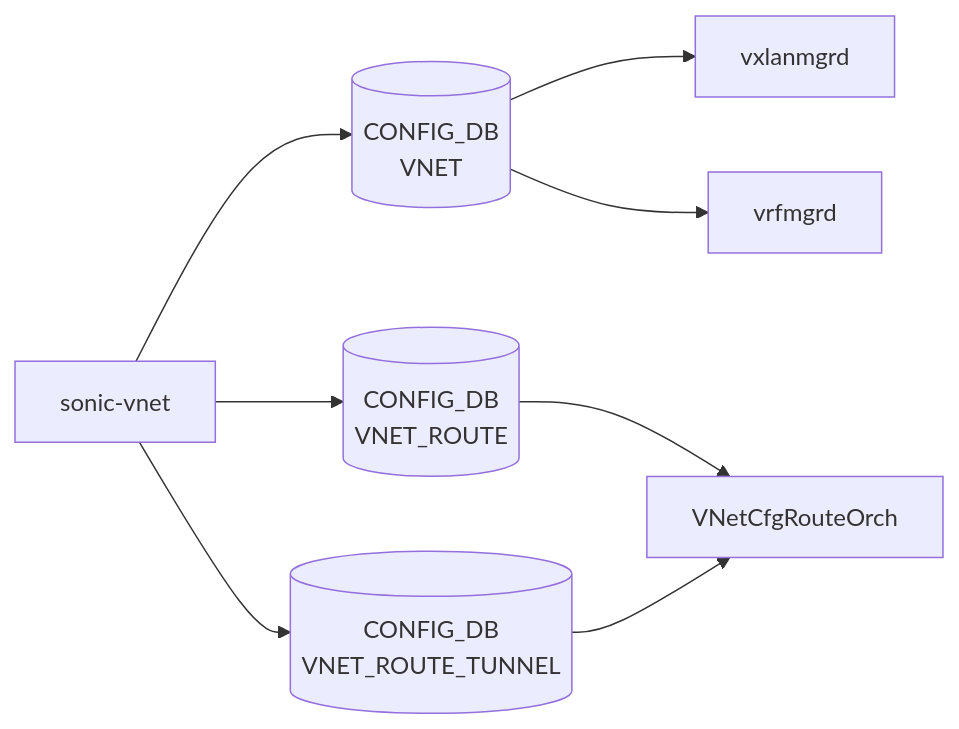
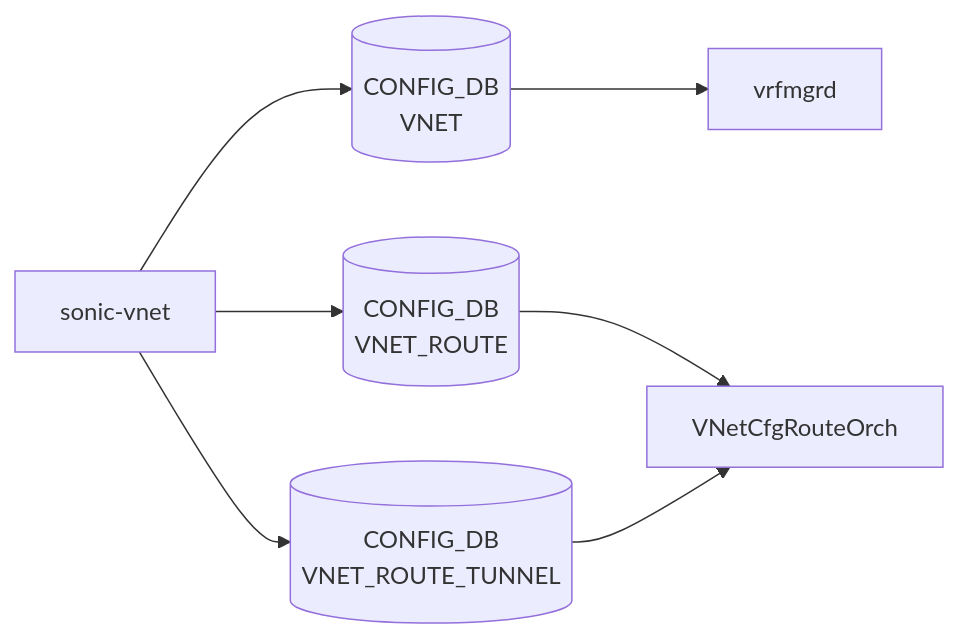
One commit to aoki-taquan/sonic-unofficial-docs changed the diagram in docs/reference/yang/sonic-vnet.md. Above: the diagram before and after it, drawn with Mermaid. The commit also changed 6 other files, not shown here.

````diff
--- a/docs/reference/yang/sonic-vnet.md
+++ b/docs/reference/yang/sonic-vnet.md
@@ -32,17 +32,15 @@
 ```mermaid
 flowchart LR
   Y["sonic-vnet"]
   C1[("CONFIG_DB<br/>VNET")]
   Y --> C1
-  D1["vxlanmgrd"]
-  D1b["vrfmgrd"]
+  D1["vrfmgrd"]
   C1 --> D1
-  C1 --> D1b
   C2[("CONFIG_DB<br/>VNET_ROUTE")]
   Y --> C2
   D2["VNetCfgRouteOrch"]
   C2 --> D2
   C3[("CONFIG_DB<br/>VNET_ROUTE_TUNNEL")]
   Y --> C3
   C3 --> D2
 ```
````
